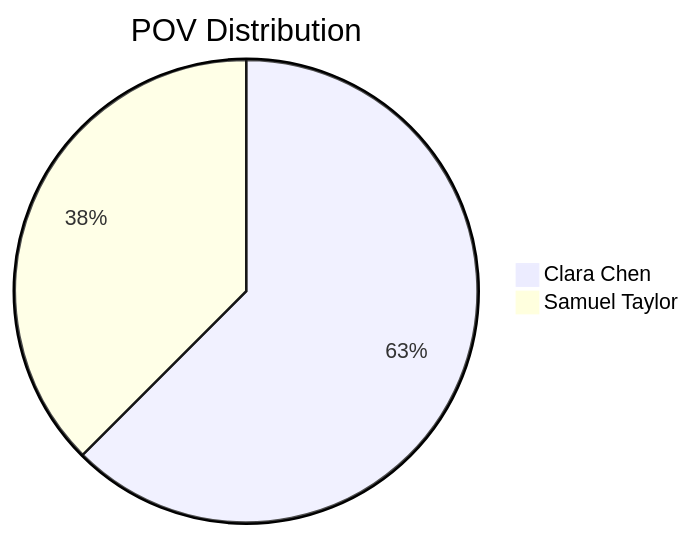
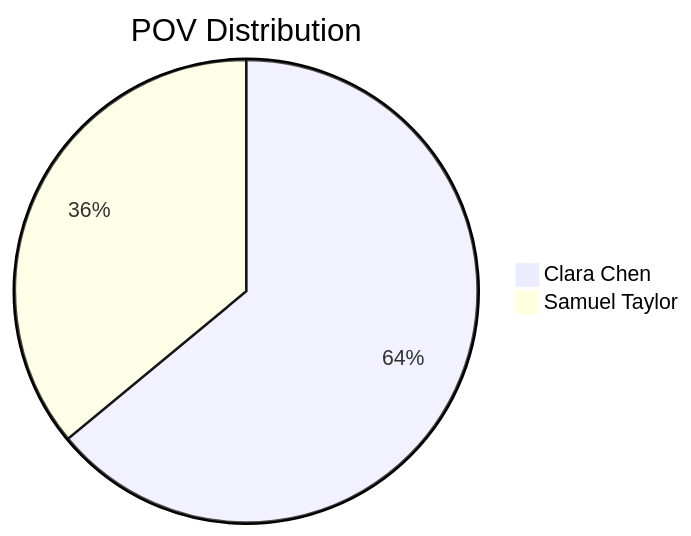
Before and after one commit to GOATnote-Inc/untamedpursuit: the sixth of 7 diagrams in README.md, drawn with Mermaid. The commit also changed other lines of this file and 4 other files, not shown here.

````diff
--- a/README.md
+++ b/README.md
@@ -238,5 +247,5 @@
 ```mermaid
 pie title POV Distribution
-    "Clara Chen" : 15
+    "Clara Chen" : 16
     "Samuel Taylor" : 9
 ```
````
